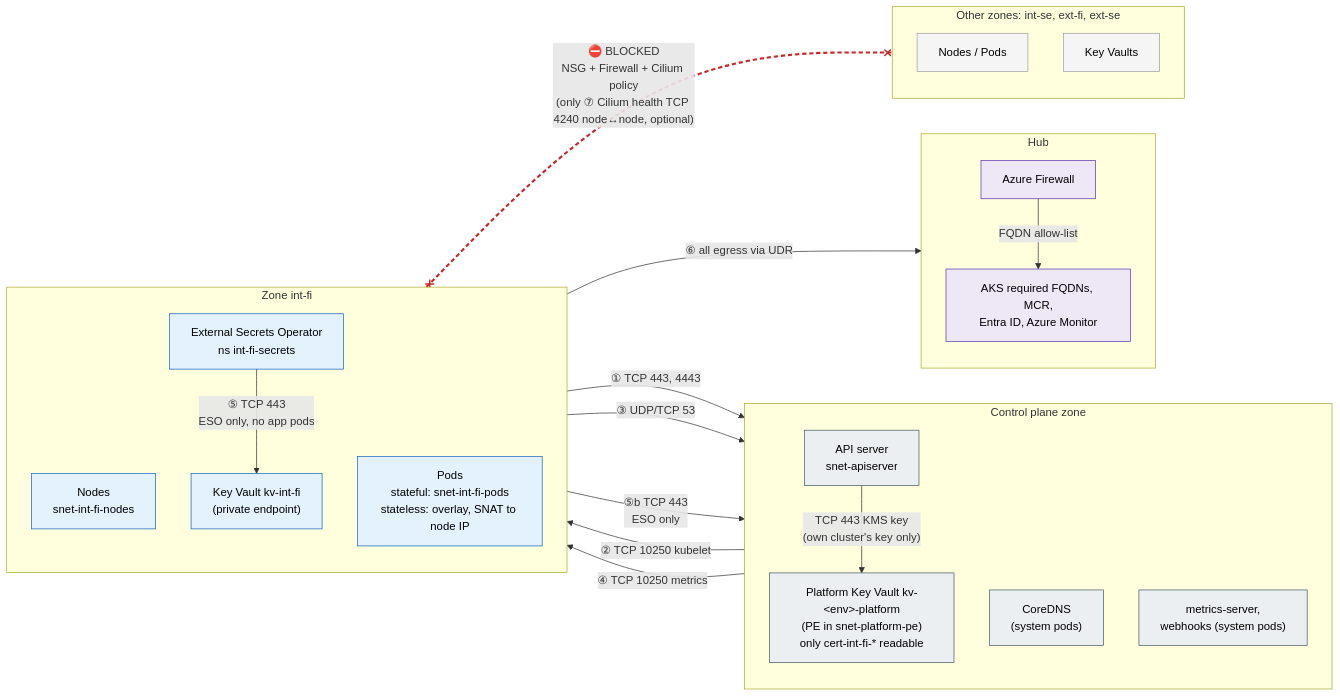
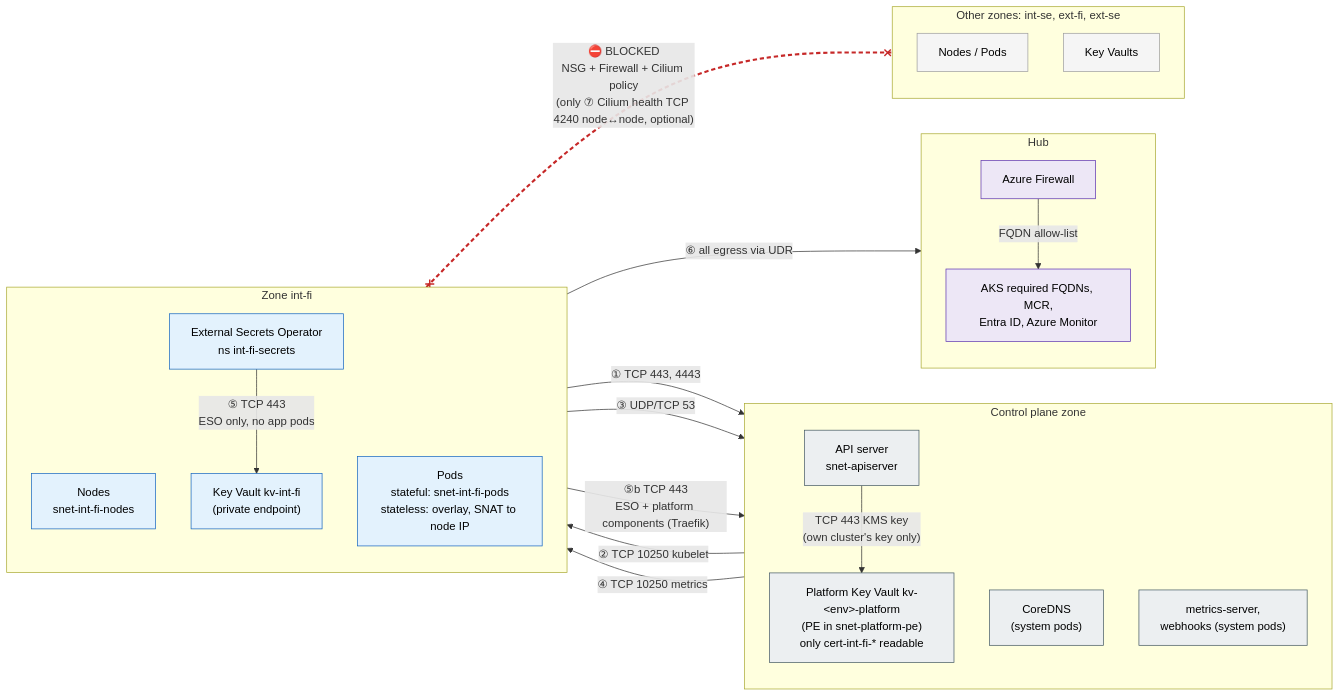
Before and after one commit to olljanat-ai/aks-design: the diagram in diagrams/05-allowed-flows.mmd, drawn with Mermaid. The commit also changed 11 other files, not shown here.

First line of the commit message:
Let platform components use Key Vault directly

```diff
--- a/diagrams/05-allowed-flows.mmd
+++ b/diagrams/05-allowed-flows.mmd
@@ -1,52 +1,52 @@
 %% Mandatory flows (numbered) for one workload zone; everything else between zones is blocked.
 %% The same pattern repeats for every zone; only the zone's own Key Vault and Gateway differ.
 flowchart LR
     subgraph CP["Control plane zone"]
         direction TB
         api["API server<br/>snet-apiserver"]
         dns["CoreDNS<br/>(system pods)"]
         ms["metrics-server,<br/>webhooks (system pods)"]
         pkv["Platform Key Vault kv-&lt;env&gt;-platform<br/>(PE in snet-platform-pe)<br/>only cert-int-fi-* readable"]
     end
 
     subgraph Z["Zone int-fi"]
         direction TB
         n["Nodes<br/>snet-int-fi-nodes"]
         p["Pods<br/>stateful: snet-int-fi-pods<br/>stateless: overlay, SNAT to node IP"]
         eso["External Secrets Operator<br/>ns int-fi-secrets"]
         kv["Key Vault kv-int-fi<br/>(private endpoint)"]
     end
 
     subgraph H["Hub"]
         direction TB
         fw["Azure Firewall"]
         azure["AKS required FQDNs, MCR,<br/>Entra ID, Azure Monitor"]
     end
 
     subgraph O["Other zones: int-se, ext-fi, ext-se"]
         direction TB
         on["Nodes / Pods"]
         okv["Key Vaults"]
     end
 
     n -->|"① TCP 443, 4443"| api
     api -->|"② TCP 10250 kubelet"| n
     p -->|"③ UDP/TCP 53"| dns
     ms -->|"④ TCP 10250 metrics"| n
     eso -->|"⑤ TCP 443<br/>ESO only, no app pods"| kv
-    eso -->|"⑤b TCP 443<br/>ESO only"| pkv
+    eso -->|"⑤b TCP 443<br/>ESO + platform components (Traefik)"| pkv
     api -->|"TCP 443 KMS key<br/>(own cluster's key only)"| pkv
     Z -->|"⑥ all egress via UDR"| fw
     fw -->|"FQDN allow-list"| azure
     Z x-.-x|"⛔ BLOCKED<br/>NSG + Firewall + Cilium policy<br/>(only ⑦ Cilium health TCP 4240 node↔node, optional)"| O
 
     linkStyle 9 stroke:#c62828,stroke-width:3px,stroke-dasharray:6 4
 
     classDef cp fill:#eceff1,stroke:#455a64,color:#000
     classDef int fill:#e3f2fd,stroke:#1565c0,color:#000
     classDef other fill:#f5f5f5,stroke:#9e9e9e,color:#000
     classDef hub fill:#ede7f6,stroke:#5e35b1,color:#000
     class api,dns,ms,pkv cp
     class n,p,eso,kv int
     class on,okv other
     class fw,azure hub
```
